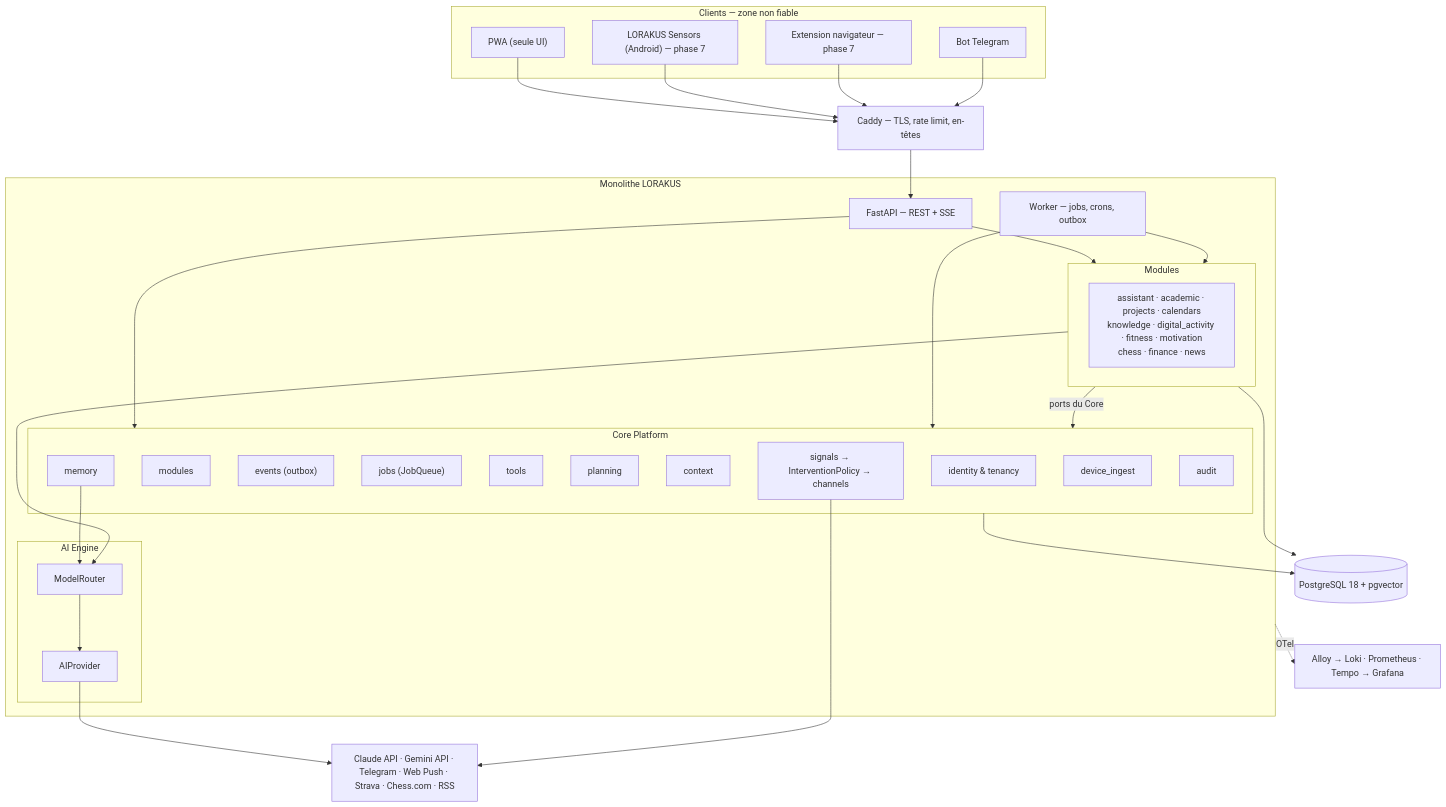
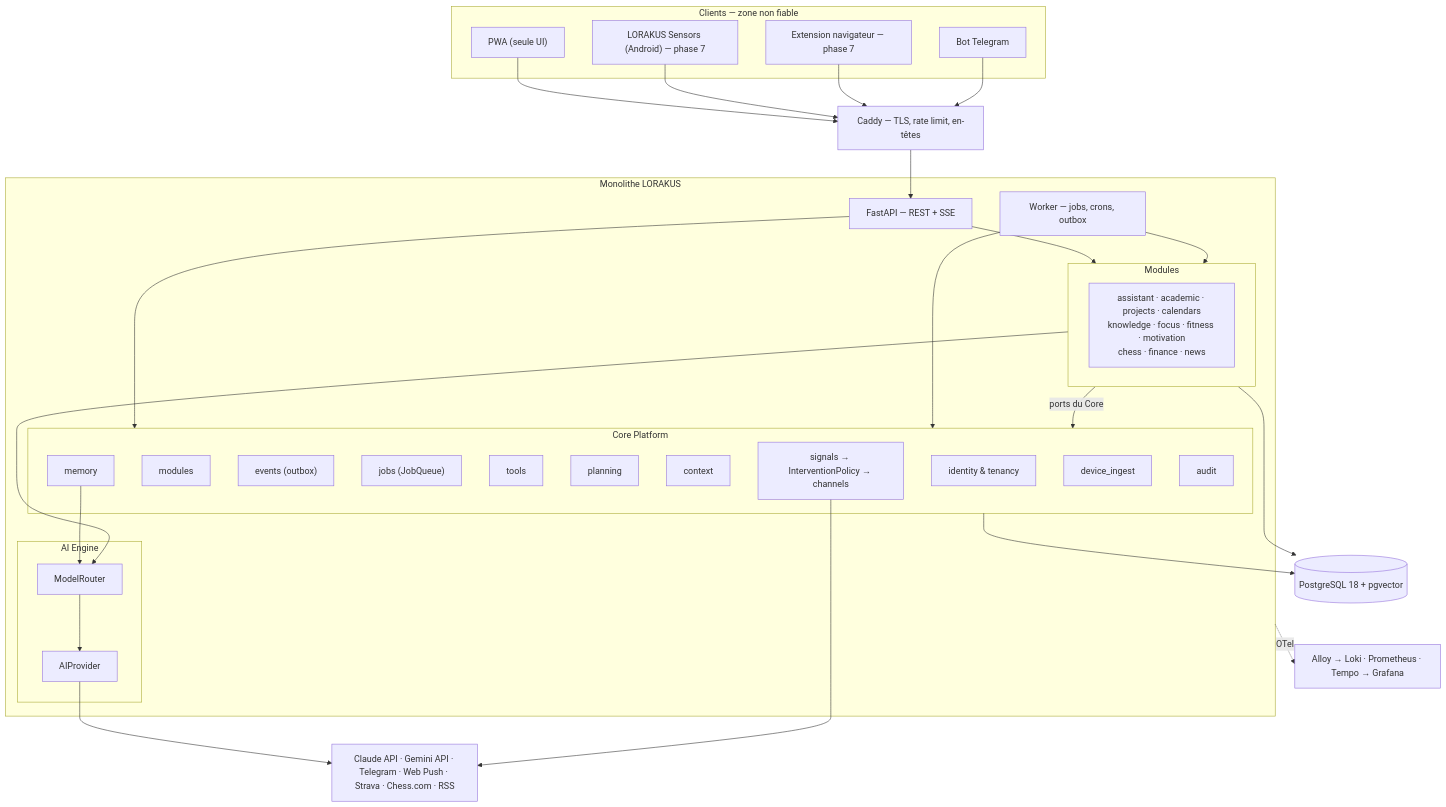
Before and after one commit to AnasKnanoua/lorakus: the diagram in ARCHITECTURE.md, drawn with Mermaid. The commit also changed other lines of this file and 18 other files, not shown here.

Commit message:
docs(adr): multi-agent architecture proposal (mission 3) (#5)

````diff
--- a/ARCHITECTURE.md
+++ b/ARCHITECTURE.md
@@ -9,54 +9,54 @@
 ```mermaid
 flowchart TB
   subgraph Clients["Clients — zone non fiable"]
     PWA["PWA (seule UI)"]
     SENS["LORAKUS Sensors (Android) — phase 7"]
     EXT["Extension navigateur — phase 7"]
     TG["Bot Telegram"]
   end
   CADDY["Caddy — TLS, rate limit, en-têtes"]
   subgraph App["Monolithe LORAKUS"]
     API["FastAPI — REST + SSE"]
     WORKER["Worker — jobs, crons, outbox"]
     subgraph Core["Core Platform"]
       IAM["identity & tenancy"]
       REG["modules"]
       BUS["events (outbox)"]
       JOBS["jobs (JobQueue)"]
       TOOLS["tools"]
       PLAN["planning"]
       CTX["context"]
       SIG["signals → InterventionPolicy → channels"]
       MEM["memory"]
       ING["device_ingest"]
       AUD["audit"]
     end
     subgraph AI["AI Engine"]
       ROUTER["ModelRouter"]
       PORT["AIProvider"]
     end
     subgraph Mods["Modules"]
-      M["assistant · academic · projects · calendars<br/>knowledge · digital_activity · fitness · motivation<br/>chess · finance · news"]
+      M["assistant · academic · projects · calendars<br/>knowledge · focus · fitness · motivation<br/>chess · finance · news"]
     end
   end
   PG[("PostgreSQL 18 + pgvector")]
   OBS["Alloy → Loki · Prometheus · Tempo → Grafana"]
   EXTP["Claude API · Gemini API · Telegram · Web Push · Strava · Chess.com · RSS"]
   PWA --> CADDY
   SENS --> CADDY
   EXT --> CADDY
   TG --> CADDY
   CADDY --> API
   API --> Core
   API --> Mods
   WORKER --> Core
   WORKER --> Mods
   Mods -->|ports du Core| Core
   Mods --> ROUTER
   MEM --> ROUTER
   ROUTER --> PORT --> EXTP
   SIG --> EXTP
   Core --> PG
   Mods --> PG
   App -. OTel .-> OBS
 ```
````
